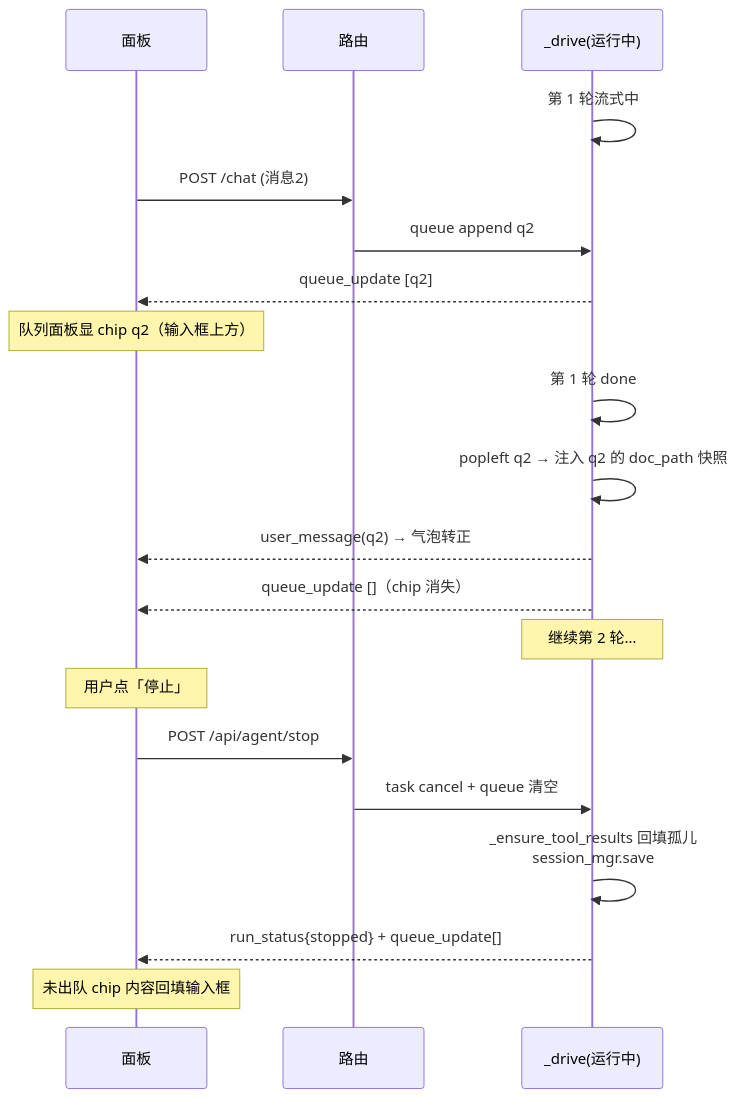
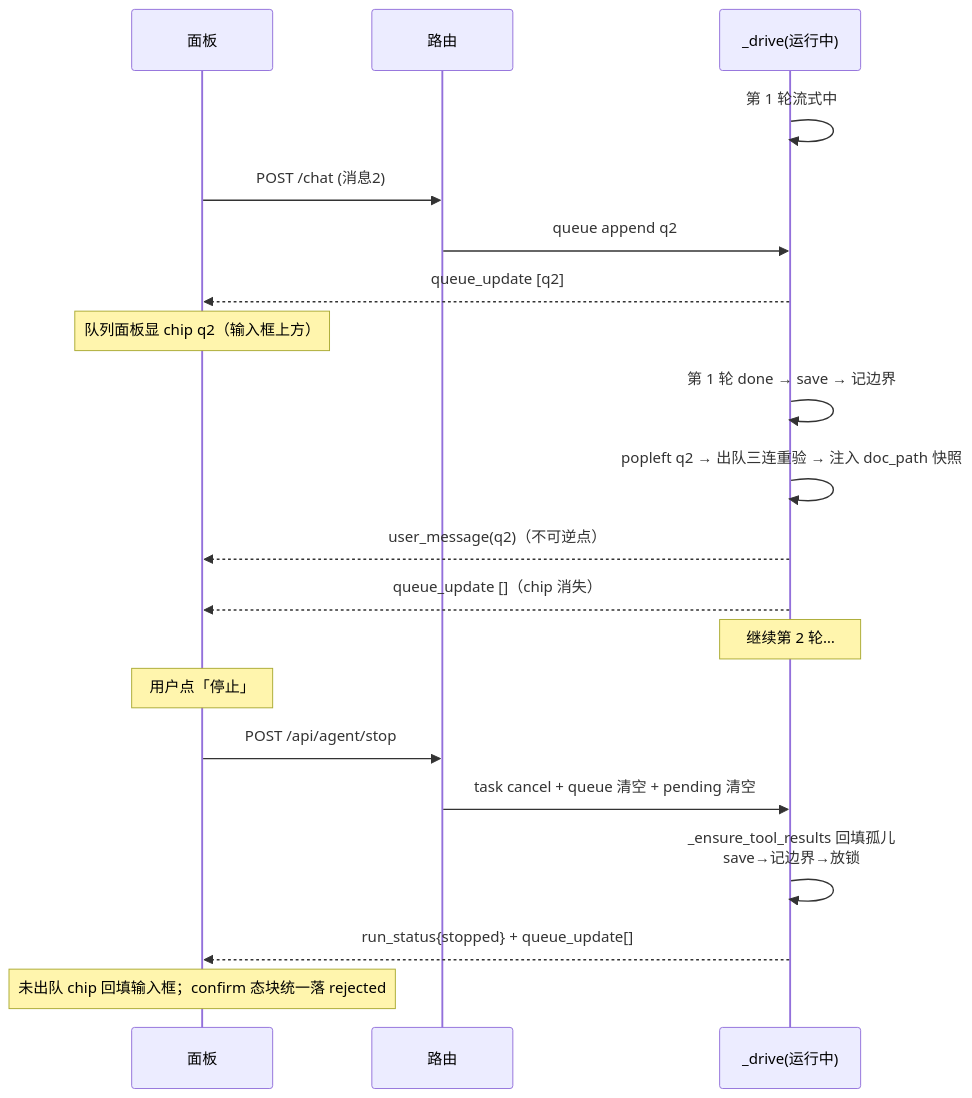
One commit to 1724509233/md-repo changed the fourth of 4 diagrams in docs/superpowers/specs/2026-11-20-agent-run-detach-stream.md. Above: the diagram before and after it, drawn with Mermaid. The commit also changed other lines of this file, not shown here.

Commit message:
docs(spec): 运行脱离连接 rev2——oracle 评审定稿（边界回放闭合 B1 吞前缀/run_id 游标契约/pending 清理/删会话清 buffer）

````diff
--- a/docs/superpowers/specs/2026-11-20-agent-run-detach-stream.md
+++ b/docs/superpowers/specs/2026-11-20-agent-run-detach-stream.md
@@ -171,22 +189,22 @@
 ```mermaid
 sequenceDiagram
     participant P as 面板
     participant R as 路由
     participant D as _drive(运行中)
     D->>D: 第 1 轮流式中
     P->>R: POST /chat (消息2)
     R->>D: queue append q2
     D-->>P: queue_update [q2]
     Note over P: 队列面板显 chip q2（输入框上方）
-    D->>D: 第 1 轮 done
-    D->>D: popleft q2 → 注入 q2 的 doc_path 快照
-    D-->>P: user_message(q2) → 气泡转正
+    D->>D: 第 1 轮 done → save → 记边界
+    D->>D: popleft q2 → 出队三连重验 → 注入 doc_path 快照
+    D-->>P: user_message(q2)（不可逆点）
     D-->>P: queue_update []（chip 消失）
     Note over D: 继续第 2 轮…
     Note over P: 用户点「停止」
     P->>R: POST /api/agent/stop
-    R->>D: task cancel + queue 清空
-    D->>D: _ensure_tool_results 回填孤儿<br/>session_mgr.save
+    R->>D: task cancel + queue 清空 + pending 清空
+    D->>D: _ensure_tool_results 回填孤儿<br/>save→记边界→放锁
     D-->>P: run_status{stopped} + queue_update[]
-    Note over P: 未出队 chip 内容回填输入框
+    Note over P: 未出队 chip 回填输入框；confirm 态块统一落 rejected
 ```
````
